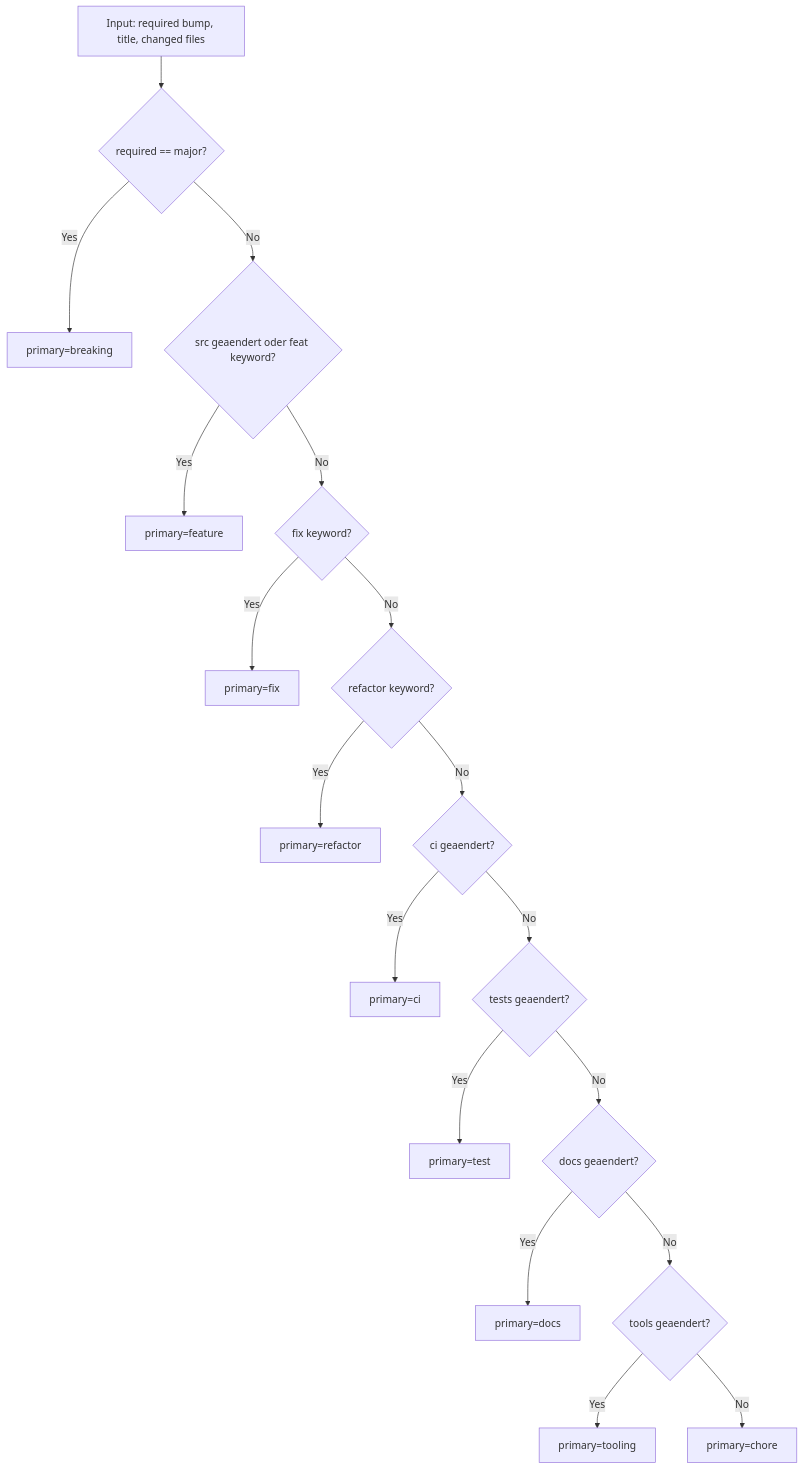
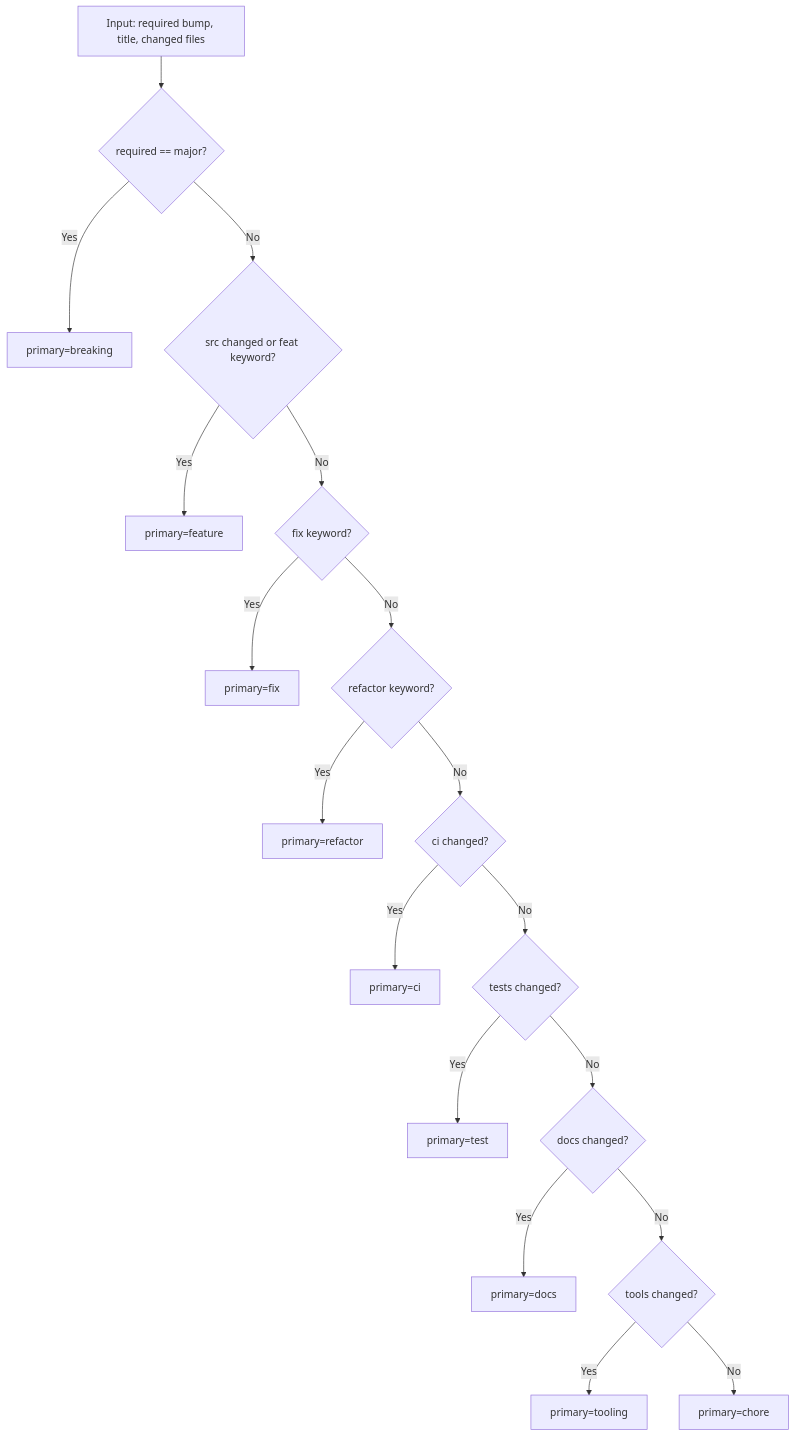
One commit to tomtastisch/FileClassifier changed the second of 4 diagrams in docs/versioning/104_POLICY_LABELING.MD. Above: the diagram before and after it, drawn with Mermaid. The commit also changed other lines of this file and 36 other files, not shown here.

````diff
--- a/docs/versioning/104_POLICY_LABELING.MD
+++ b/docs/versioning/104_POLICY_LABELING.MD
@@ -58,20 +58,20 @@
 ```mermaid
 flowchart TD
   A["Input: required bump, title, changed files"] --> B{"required == major?"}
   B -- Yes --> C["primary=breaking"]
-  B -- No --> D{"src geaendert oder feat keyword?"}
+  B -- No --> D{"src changed or feat keyword?"}
   D -- Yes --> E["primary=feature"]
   D -- No --> F{"fix keyword?"}
   F -- Yes --> G["primary=fix"]
   F -- No --> H{"refactor keyword?"}
   H -- Yes --> I["primary=refactor"]
-  H -- No --> J{"ci geaendert?"}
+  H -- No --> J{"ci changed?"}
   J -- Yes --> K["primary=ci"]
-  J -- No --> L{"tests geaendert?"}
+  J -- No --> L{"tests changed?"}
   L -- Yes --> M["primary=test"]
-  L -- No --> N{"docs geaendert?"}
+  L -- No --> N{"docs changed?"}
   N -- Yes --> O["primary=docs"]
-  N -- No --> P{"tools geaendert?"}
+  N -- No --> P{"tools changed?"}
   P -- Yes --> Q["primary=tooling"]
   P -- No --> R["primary=chore"]
 ```
````
